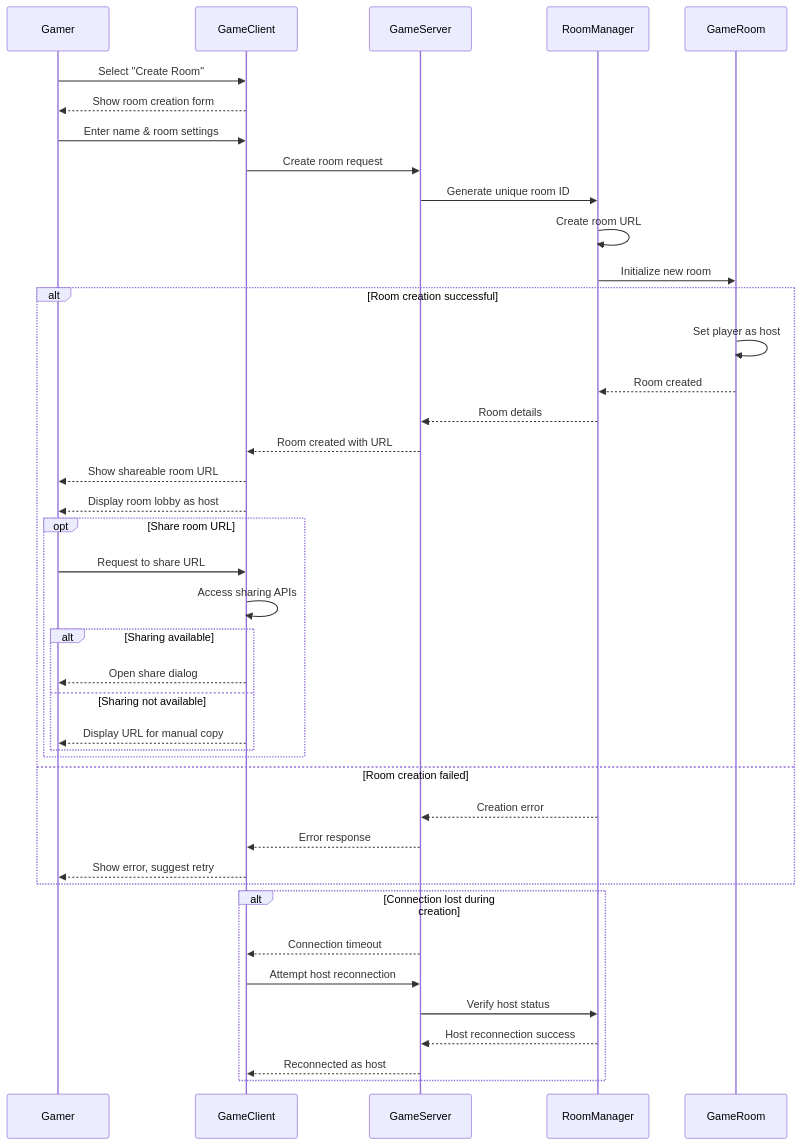
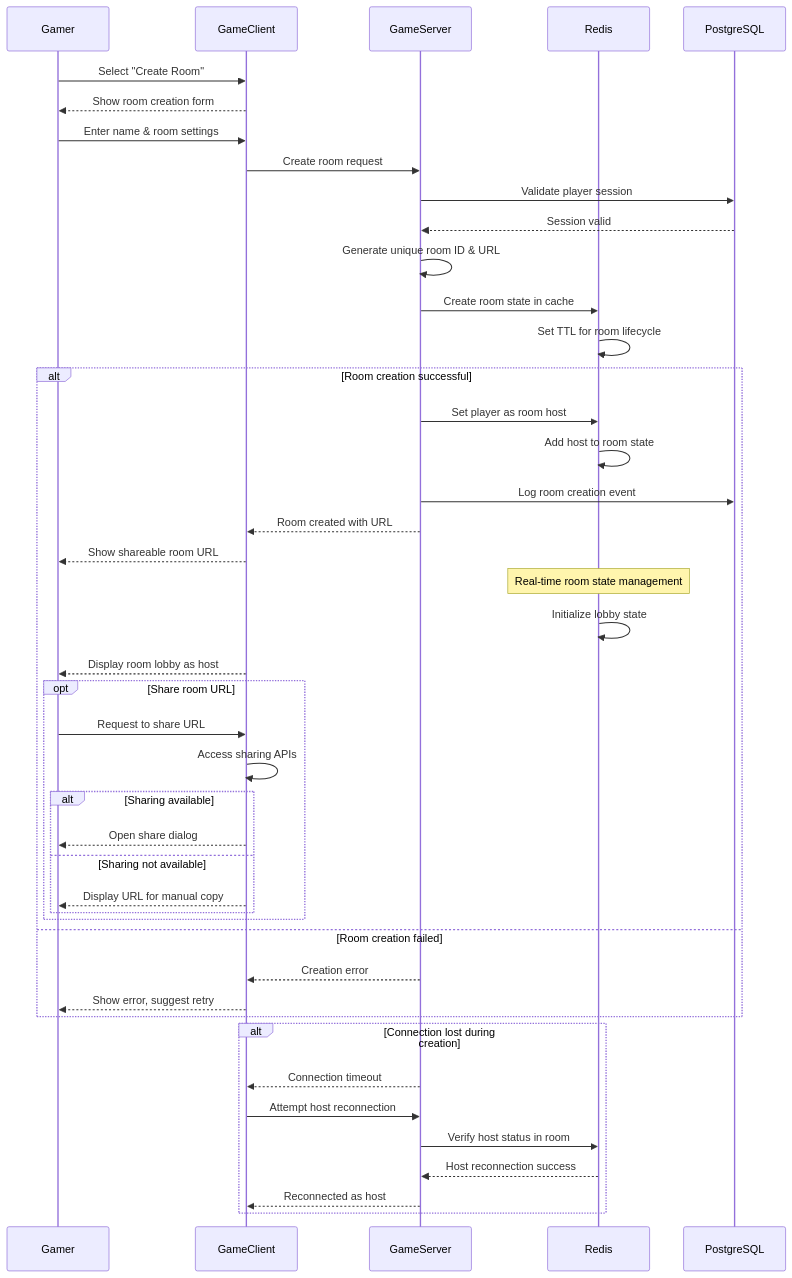
Before and after one commit to alexmakeev/bomberman: the diagram in docs/sequence-diagrams/gamer/uc-g002-create-game-room.md, drawn with Mermaid. The commit also changed 25 other files, not shown here.

First line of the commit message:
Implement unified event system architecture for maximum code reuse

````diff
--- a/docs/sequence-diagrams/gamer/uc-g002-create-game-room.md
+++ b/docs/sequence-diagrams/gamer/uc-g002-create-game-room.md
@@ -3,50 +3,53 @@
 ```mermaid
 sequenceDiagram
     participant Gamer
     participant GameClient
     participant GameServer
-    participant RoomManager
-    participant GameRoom
+    participant Redis
+    participant PostgreSQL
 
     Gamer->>GameClient: Select "Create Room"
     GameClient-->>Gamer: Show room creation form
     Gamer->>GameClient: Enter name & room settings
     
     GameClient->>GameServer: Create room request
-    GameServer->>RoomManager: Generate unique room ID
-    RoomManager->>RoomManager: Create room URL
-    RoomManager->>GameRoom: Initialize new room
+    GameServer->>PostgreSQL: Validate player session
+    PostgreSQL-->>GameServer: Session valid
+    GameServer->>GameServer: Generate unique room ID & URL
+    GameServer->>Redis: Create room state in cache
+    Redis->>Redis: Set TTL for room lifecycle
     
     alt Room creation successful
-        GameRoom->>GameRoom: Set player as host
-        GameRoom-->>RoomManager: Room created
-        RoomManager-->>GameServer: Room details
+        GameServer->>Redis: Set player as room host
+        Redis->>Redis: Add host to room state
+        GameServer->>PostgreSQL: Log room creation event
         GameServer-->>GameClient: Room created with URL
         GameClient-->>Gamer: Show shareable room URL
         
+        Note over Redis: Real-time room state management
+        Redis->>Redis: Initialize lobby state
         GameClient-->>Gamer: Display room lobby as host
         
         opt Share room URL
             Gamer->>GameClient: Request to share URL
             GameClient->>GameClient: Access sharing APIs
             
             alt Sharing available
                 GameClient-->>Gamer: Open share dialog
             else Sharing not available
                 GameClient-->>Gamer: Display URL for manual copy
             end
         end
     else Room creation failed
-        RoomManager-->>GameServer: Creation error
-        GameServer-->>GameClient: Error response
+        GameServer-->>GameClient: Creation error
         GameClient-->>Gamer: Show error, suggest retry
     end
 
     alt Connection lost during creation
         GameServer-->>GameClient: Connection timeout
         GameClient->>GameServer: Attempt host reconnection
-        GameServer->>RoomManager: Verify host status
-        RoomManager-->>GameServer: Host reconnection success
+        GameServer->>Redis: Verify host status in room
+        Redis-->>GameServer: Host reconnection success
         GameServer-->>GameClient: Reconnected as host
     end
 ```
````
